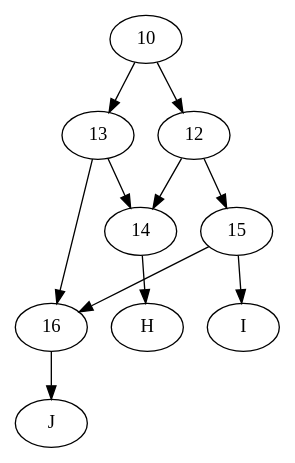
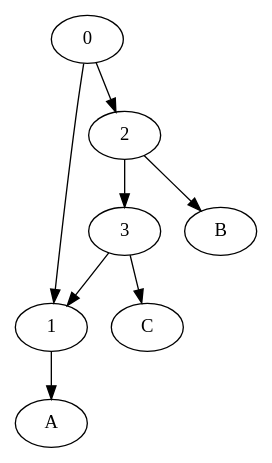
Before and after one commit to KSjors/TriL2Net: the diagram in Digraph.gv, drawn with Graphviz. The commit also changed 4 other files, not shown here.

```diff
--- a/Digraph.gv
+++ b/Digraph.gv
@@ -1,12 +1,9 @@
 digraph {
-	10 -> 12
-	10 -> 13
-	12 -> 14
-	12 -> 15
-	13 -> 14
-	13 -> 16
-	14 -> H
-	16 -> J
-	15 -> 16
-	15 -> I
+	0 -> 1
+	0 -> 2
+	1 -> A
+	2 -> 3
+	2 -> B
+	3 -> 1
+	3 -> C
 }
```
